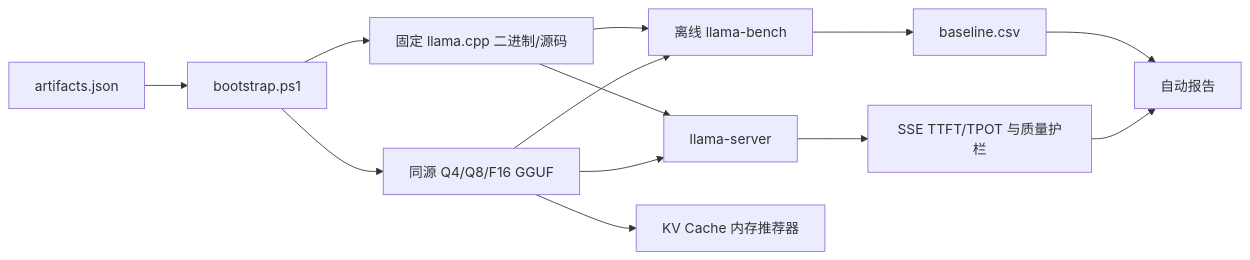
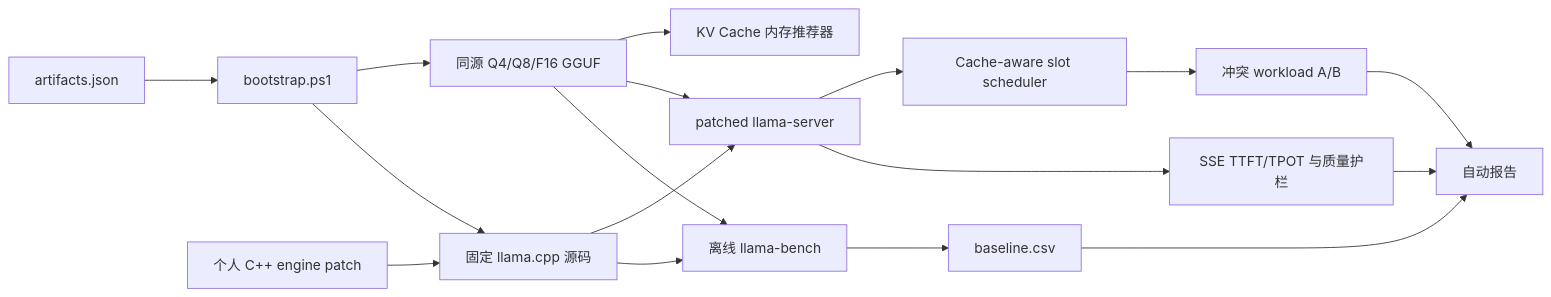
The diagram in README.md (Ljzljz-211302/cacheflow-llama-runtime), drawn with Mermaid before and after one commit. The commit also changed other lines of this file and 44 other files, not shown here.

Commit message:
feat: establish cache-aware inference runtime lab

````diff
--- a/README.md
+++ b/README.md
@@ -20,15 +21,19 @@
 ```mermaid
 flowchart LR
     A[artifacts.json] --> B[bootstrap.ps1]
-    B --> C[固定 llama.cpp 二进制/源码]
+    B --> C[固定 llama.cpp 源码]
+    K[个人 C++ engine patch] --> C
     B --> D[同源 Q4/Q8/F16 GGUF]
     C --> E[离线 llama-bench]
     D --> E
-    C --> F[llama-server]
+    C --> F[patched llama-server]
     D --> F
     E --> G[baseline.csv]
     F --> H[SSE TTFT/TPOT 与质量护栏]
     G --> I[自动报告]
     H --> I
     D --> J[KV Cache 内存推荐器]
+    F --> L[Cache-aware slot scheduler]
+    L --> M[冲突 workload A/B]
+    M --> I
 ```
````
